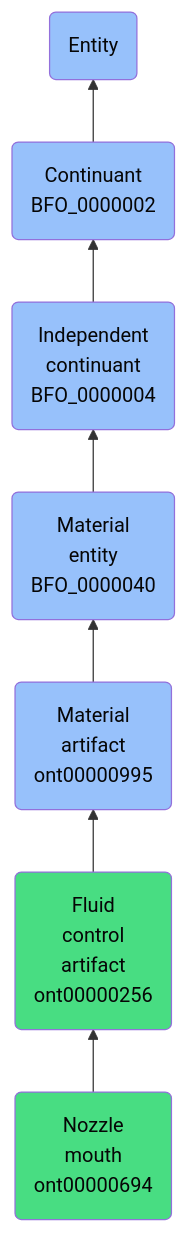
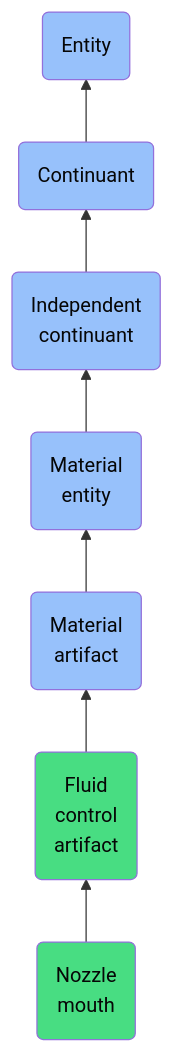
The diagram in docs/ontology/reference/model/Entity/Continuant/Independent continuant/Material entity/Material artifact/Fluid control artifact/Nozzle mouth/Nozzle mouth.md (jupyter-naas/abi), drawn with Mermaid before and after one commit. The commit also changed other lines of this file and 1430 other files, not shown here.

````diff
--- a/docs/ontology/reference/model/Entity/Continuant/Independent continuant/Material entity/Material artifact/Fluid control artifact/Nozzle mouth/Nozzle mouth.md
+++ b/docs/ontology/reference/model/Entity/Continuant/Independent continuant/Material entity/Material artifact/Fluid control artifact/Nozzle mouth/Nozzle mouth.md
@@ -24,14 +24,14 @@
 ```mermaid
 graph BT
-    ont00000694(Nozzle<br>mouth<br>ont00000694):::ABI-->ont00000256
-    ont00000256(Fluid<br>control<br>artifact<br>ont00000256):::ABI-->ont00000995
-    ont00000995(Material<br>artifact<br>ont00000995):::BFO-->BFO_0000040
-    BFO_0000040(Material<br>entity<br>BFO_0000040):::BFO-->BFO_0000004
-    BFO_0000004(Independent<br>continuant<br>BFO_0000004):::BFO-->BFO_0000002
-    BFO_0000002(Continuant<br>BFO_0000002):::BFO-->BFO_0000001
+    ont00000694(Nozzle<br>mouth):::ABI-->ont00000256
+    ont00000256(Fluid<br>control<br>artifact):::ABI-->ont00000995
+    ont00000995(Material<br>artifact):::BFO-->BFO_0000040
+    BFO_0000040(Material<br>entity):::BFO-->BFO_0000004
+    BFO_0000004(Independent<br>continuant):::BFO-->BFO_0000002
+    BFO_0000002(Continuant):::BFO-->BFO_0000001
     BFO_0000001(Entity):::BFO
     
     classDef BFO fill:#97c1fb,color:#060606
     classDef CCO fill:#e4c51e,color:#060606
     classDef ABI fill:#48DD82,color:#060606
 ```
````
